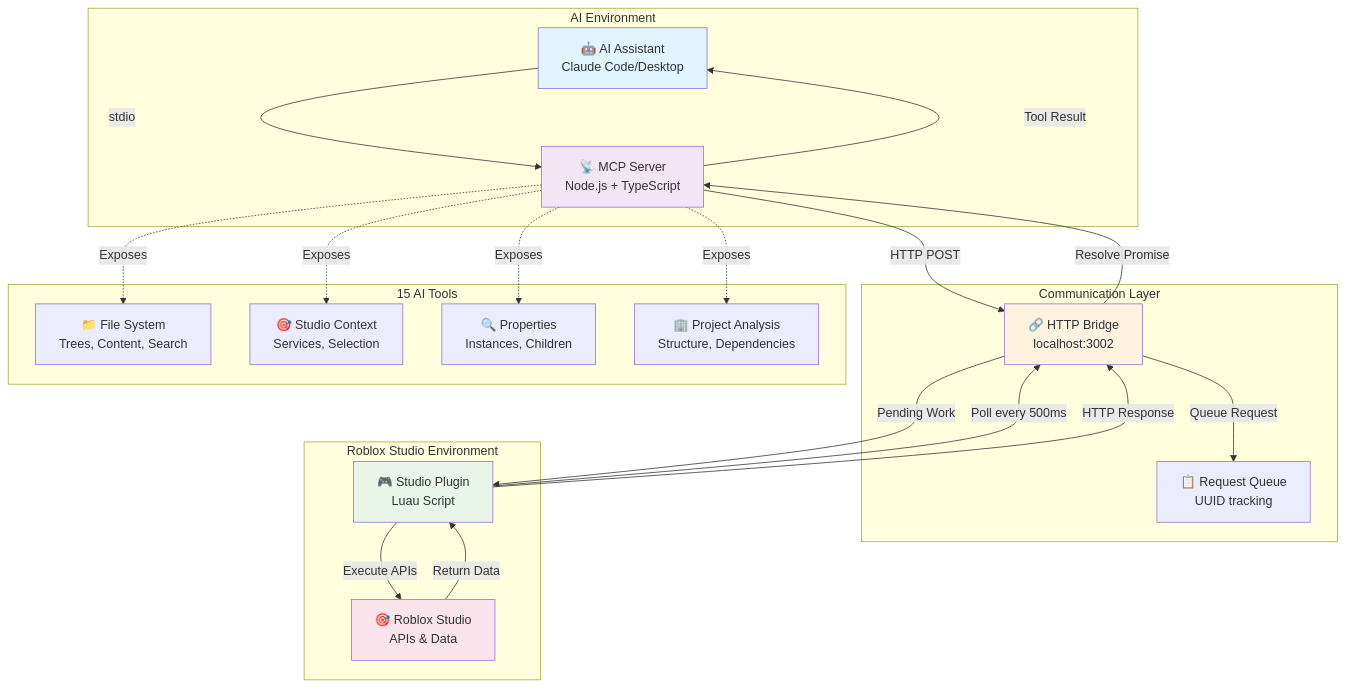
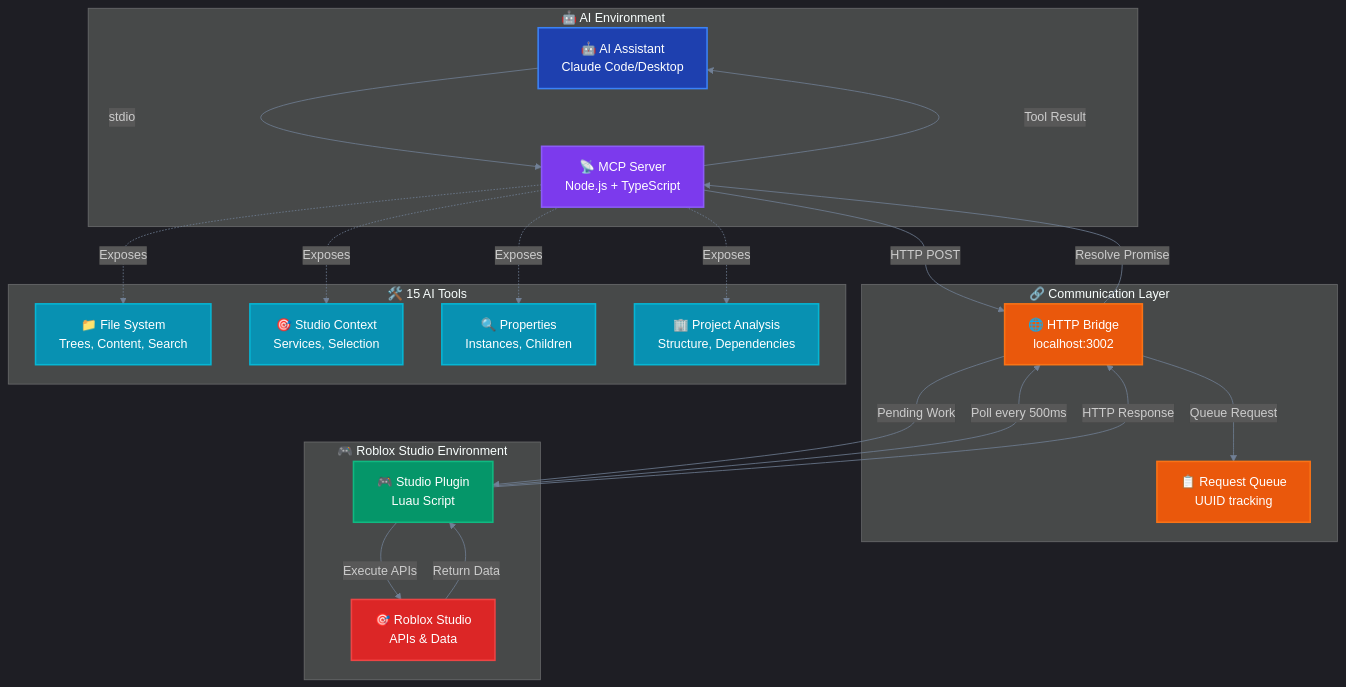
The first of 2 diagrams in README.md (boshyxd/robloxstudio-mcp), drawn with Mermaid before and after one commit. The commit also changed other lines of this file, not shown here.

Commit message:
Improve Mermaid diagrams with professional dark mode styling
- Add comprehensive dark theme configuration for better visibility
- Fix white components with white text readability issues
- Apply consistent color scheme with proper contrast ratios
- Add distinct colors for each component type (AI=blue, MCP=purple, HTTP=orange, etc.)
- Enhance sequence diagram with activation boxes and better flow indicators
- Add emojis to notes and messages for better visual appeal
- Ensure all text is white (#ffffff) on dark backgrounds
- Professional styling suitable for dark mode documentation

````diff
--- a/README.md
+++ b/README.md
@@ -49,46 +49,55 @@
 ```mermaid
+%%{init: {'theme':'dark', 'themeVariables': {'primaryColor':'#2d3748', 'primaryTextColor':'#ffffff', 'primaryBorderColor':'#4a5568', 'lineColor':'#718096', 'sectionBkgColor':'#1a202c', 'altSectionBkgColor':'#2d3748', 'gridColor':'#4a5568', 'secondaryColor':'#2b6cb0', 'tertiaryColor':'#319795'}}}%%
 graph TB
-    subgraph "AI Environment"
-        AI[🤖 AI Assistant<br/>Claude Code/Desktop]
-        MCP[📡 MCP Server<br/>Node.js + TypeScript]
+    subgraph AI_ENV ["🤖 AI Environment"]
+        AI["🤖 AI Assistant<br/>Claude Code/Desktop"]
+        MCP["📡 MCP Server<br/>Node.js + TypeScript"]
     end
     
-    subgraph "Communication Layer"
-        HTTP[🔗 HTTP Bridge<br/>localhost:3002]
-        QUEUE[📋 Request Queue<br/>UUID tracking]
+    subgraph COMM_LAYER ["🔗 Communication Layer"]
+        HTTP["🌐 HTTP Bridge<br/>localhost:3002"]
+        QUEUE["📋 Request Queue<br/>UUID tracking"]
     end
     
-    subgraph "Roblox Studio Environment"
-        PLUGIN[🎮 Studio Plugin<br/>Luau Script]
-        STUDIO[🎯 Roblox Studio<br/>APIs & Data]
+    subgraph STUDIO_ENV ["🎮 Roblox Studio Environment"]
+        PLUGIN["🎮 Studio Plugin<br/>Luau Script"]
+        STUDIO["🎯 Roblox Studio<br/>APIs & Data"]
     end
     
-    subgraph "15 AI Tools"
-        FILE[📁 File System<br/>Trees, Content, Search]
-        CONTEXT[🎯 Studio Context<br/>Services, Selection]
-        PROPS[🔍 Properties<br/>Instances, Children]
-        PROJECT[🏢 Project Analysis<br/>Structure, Dependencies]
+    subgraph TOOLS ["🛠️ 15 AI Tools"]
+        FILE["📁 File System<br/>Trees, Content, Search"]
+        CONTEXT["🎯 Studio Context<br/>Services, Selection"]
+        PROPS["🔍 Properties<br/>Instances, Children"]
+        PROJECT["🏢 Project Analysis<br/>Structure, Dependencies"]
     end
     
     AI -->|stdio| MCP
     MCP -->|HTTP POST| HTTP
     HTTP -->|Queue Request| QUEUE
     PLUGIN -->|Poll every 500ms| HTTP
     HTTP -->|Pending Work| PLUGIN
     PLUGIN -->|Execute APIs| STUDIO
     STUDIO -->|Return Data| PLUGIN
     PLUGIN -->|HTTP Response| HTTP
     HTTP -->|Resolve Promise| MCP
     MCP -->|Tool Result| AI
     
     MCP -.->|Exposes| FILE
     MCP -.->|Exposes| CONTEXT  
     MCP -.->|Exposes| PROPS
     MCP -.->|Exposes| PROJECT
     
-    style AI fill:#e1f5fe
-    style MCP fill:#f3e5f5
-    style HTTP fill:#fff3e0
-    style PLUGIN fill:#e8f5e8
-    style STUDIO fill:#fce4ec
+    classDef aiStyle fill:#1e40af,stroke:#3b82f6,stroke-width:2px,color:#ffffff
+    classDef mcpStyle fill:#7c3aed,stroke:#8b5cf6,stroke-width:2px,color:#ffffff
+    classDef httpStyle fill:#ea580c,stroke:#f97316,stroke-width:2px,color:#ffffff
+    classDef pluginStyle fill:#059669,stroke:#10b981,stroke-width:2px,color:#ffffff
+    classDef studioStyle fill:#dc2626,stroke:#ef4444,stroke-width:2px,color:#ffffff
+    classDef toolStyle fill:#0891b2,stroke:#06b6d4,stroke-width:2px,color:#ffffff
+    
+    class AI aiStyle
+    class MCP mcpStyle
+    class HTTP,QUEUE httpStyle
+    class PLUGIN pluginStyle
+    class STUDIO studioStyle
+    class FILE,CONTEXT,PROPS,PROJECT toolStyle
 ```
````
